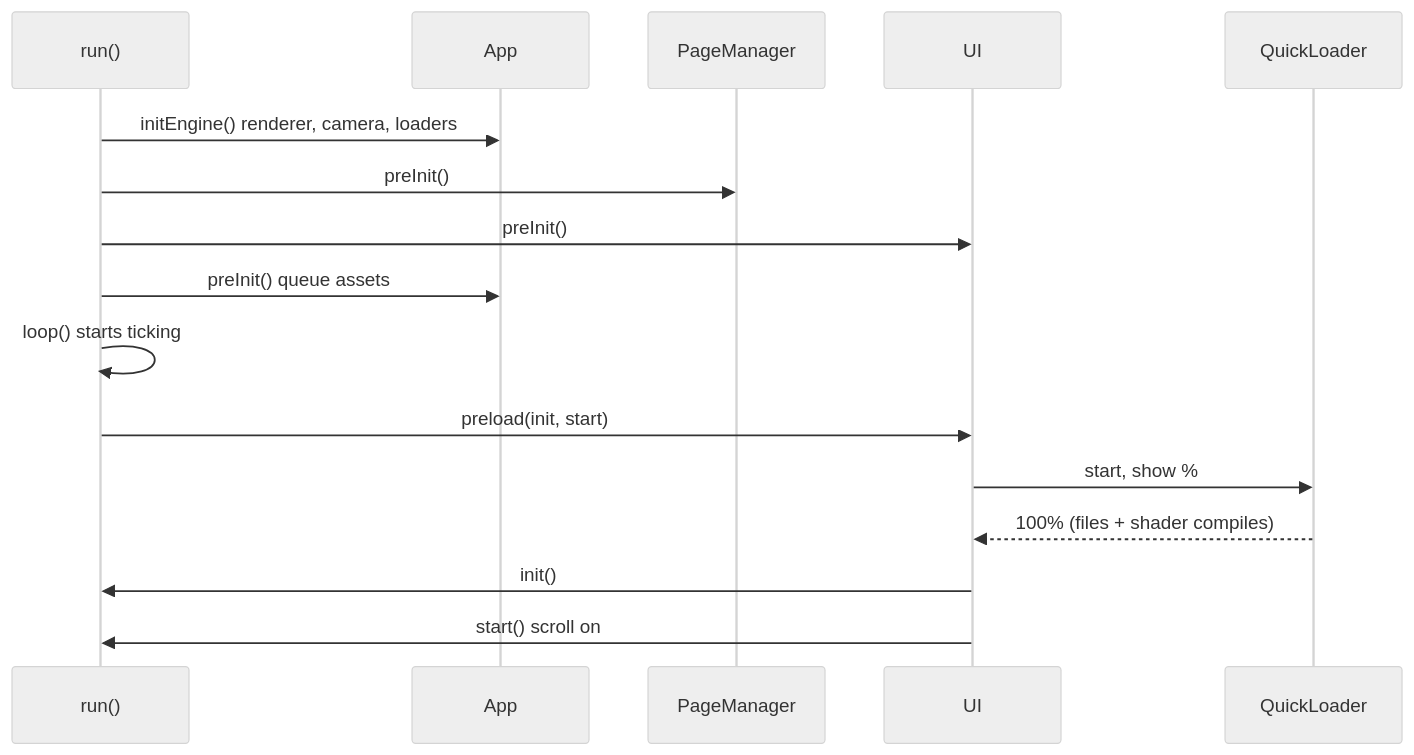
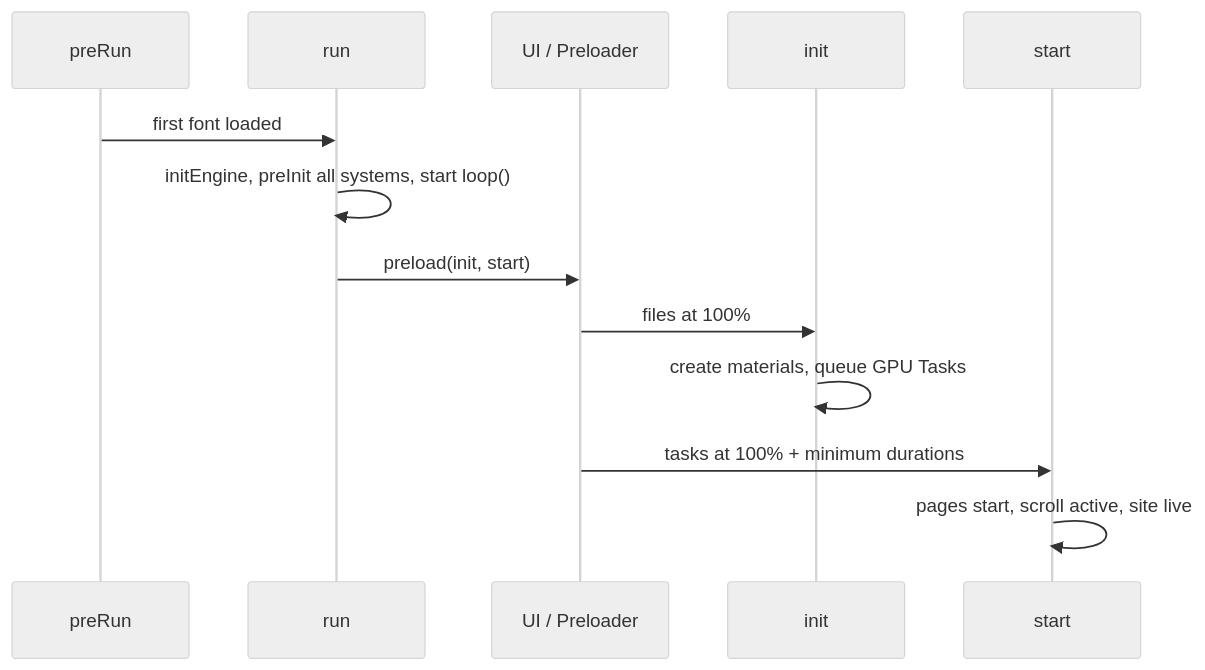
Before and after one commit to shifatmasud/lusion-decoded: the second of 6 diagrams in handbook/11_system_architecture_plan_and_conceptual_model.md, drawn with Mermaid (neutral theme). The commit also changed other lines of this file and 25 other files, not shown here.

````diff
--- a/handbook/11_system_architecture_plan_and_conceptual_model.md
+++ b/handbook/11_system_architecture_plan_and_conceptual_model.md
@@ -97,18 +81,15 @@
 ```mermaid
 sequenceDiagram
-  participant Run as run()
-  participant App
-  participant Pages as PageManager
-  participant UI
-  participant Loader as QuickLoader
-  Run->>App: initEngine() renderer, camera, loaders
-  Run->>Pages: preInit()
-  Run->>UI: preInit()
-  Run->>App: preInit() queue assets
-  Run->>Run: loop() starts ticking
-  Run->>UI: preload(init, start)
-  UI->>Loader: start, show %
-  Loader-->>UI: 100% (files + shader compiles)
-  UI->>Run: init()
-  UI->>Run: start() scroll on
+  participant PR as preRun
+  participant R as run
+  participant UI as UI / Preloader
+  participant I as init
+  participant S as start
+  PR->>R: first font loaded
+  R->>R: initEngine, preInit all systems, start loop()
+  R->>UI: preload(init, start)
+  UI->>I: files at 100%
+  I->>I: create materials, queue GPU Tasks
+  UI->>S: tasks at 100% + minimum durations
+  S->>S: pages start, scroll active, site live
 ```
````
